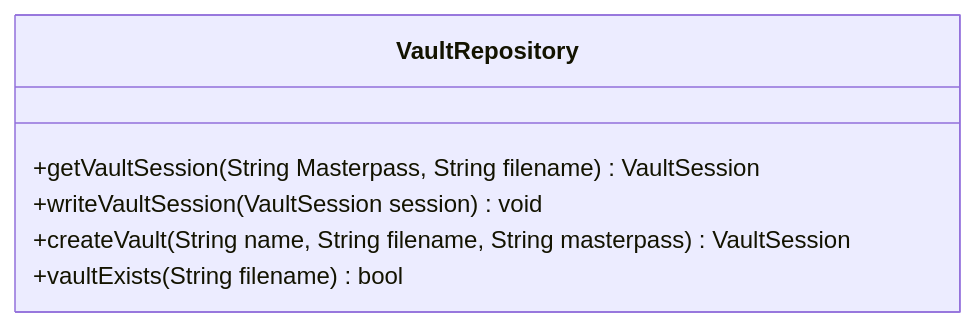
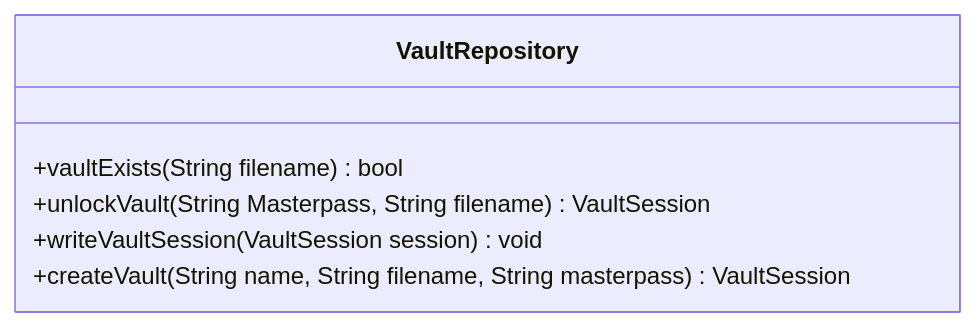
One commit to Keypr-org/docs changed the first of 10 diagrams in diagrams/class-sequence-diagrams.md. Above: the diagram before and after it, drawn with Mermaid. The commit also changed other lines of this file, not shown here.

Commit message:
[Doc]: Update class and sequence diagram for VaultRepository

````diff
--- a/diagrams/class-sequence-diagrams.md
+++ b/diagrams/class-sequence-diagrams.md
@@ -7,9 +7,9 @@
 ```mermaid
 classDiagram
     class VaultRepository{
-        +getVaultSession(String Masterpass, String filename) VaultSession
+        +vaultExists(String filename) bool
+        +unlockVault(String Masterpass, String filename) VaultSession
         +writeVaultSession(VaultSession session) void
         +createVault(String name, String filename, String masterpass) VaultSession
-        +vaultExists(String filename) bool
     }
 ```
````
